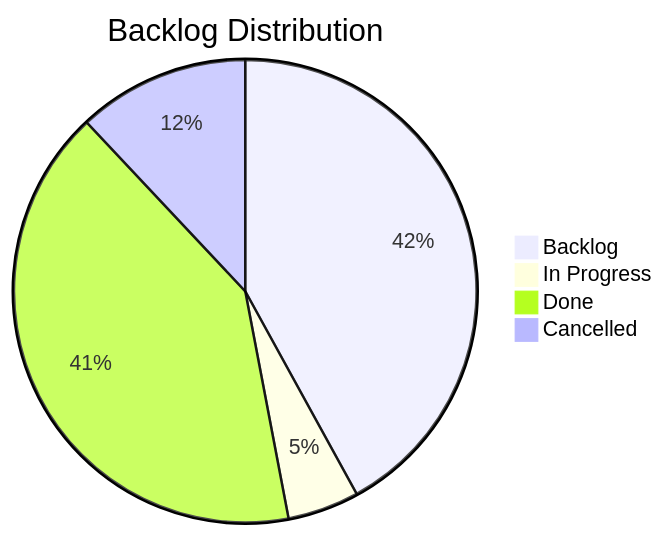
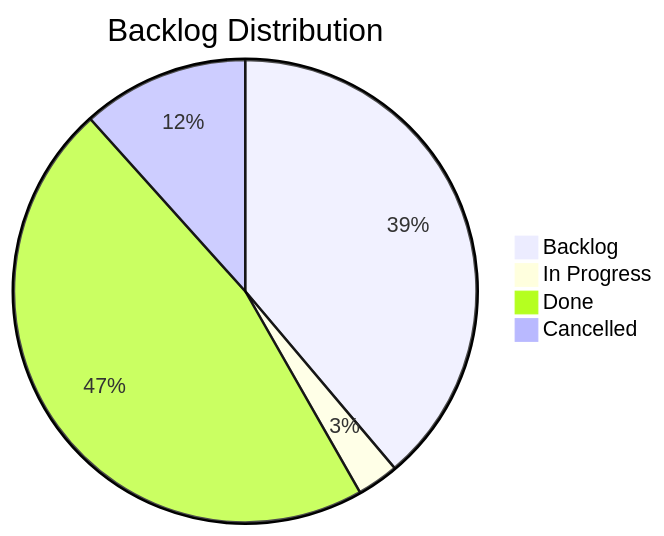
The diagram in docs/board.md (TheCodeCreature/Hytale-Example-Plugin), drawn with Mermaid before and after one commit. The commit also changed other lines of this file and 7 other files, not shown here.

````diff
--- a/docs/board.md
+++ b/docs/board.md
@@ -7,7 +7,7 @@
 ```mermaid
 pie title Backlog Distribution
-    "Backlog" : 42
-    "In Progress" : 5
-    "Done" : 41
+    "Backlog" : 40
+    "In Progress" : 3
+    "Done" : 48
     "Cancelled" : 12
 ```
````
